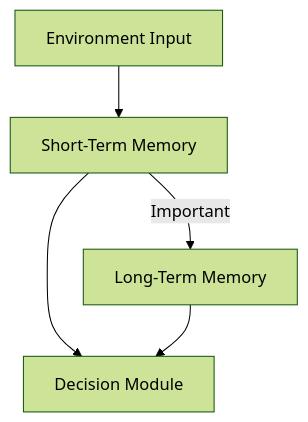
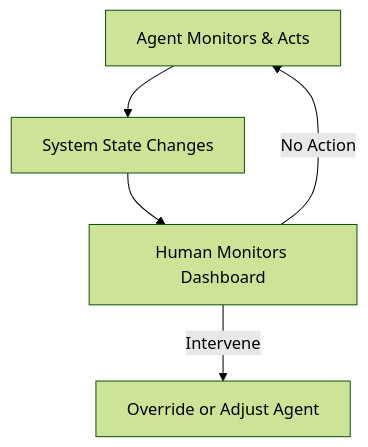
The second of 5 diagrams in docusaurus/docs/part-2/chapter-7.md (m-rizqinovniari/agentic-handbook), drawn with Mermaid (forest theme) before and after one commit. The commit also changed other lines of this file and 19 other files, not shown here.

````diff
--- a/docusaurus/docs/part-2/chapter-7.md
+++ b/docusaurus/docs/part-2/chapter-7.md
@@ -110,7 +87,7 @@
 ```mermaid
 flowchart TD
-    Input[Environment Input] --> STM[Short-Term Memory]
-    STM --> Decision[Decision Module]
-    STM -->|Important| LTM[Long-Term Memory]
-    LTM --> Decision
+    A[Agent Monitors & Acts] --> B[System State Changes]
+    B --> C[Human Monitors Dashboard]
+    C -->|Intervene| D[Override or Adjust Agent]
+    C -->|No Action| A
 ```
````
